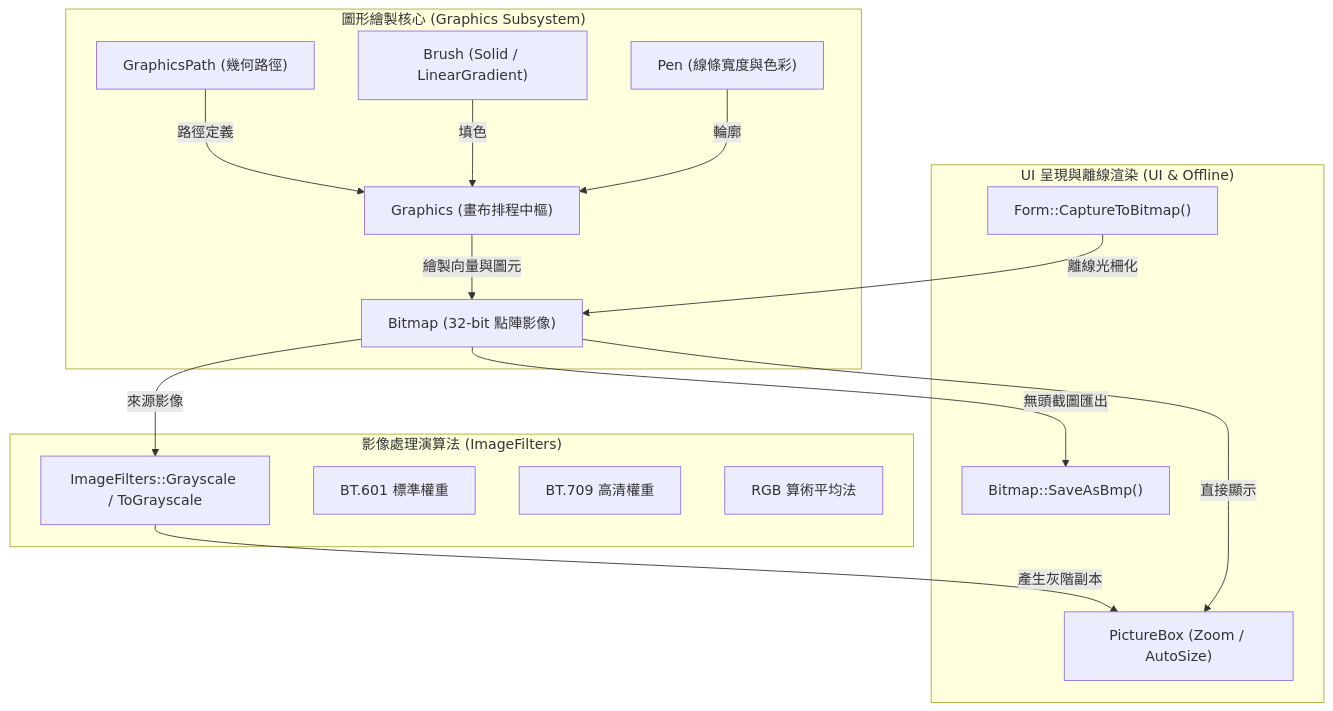
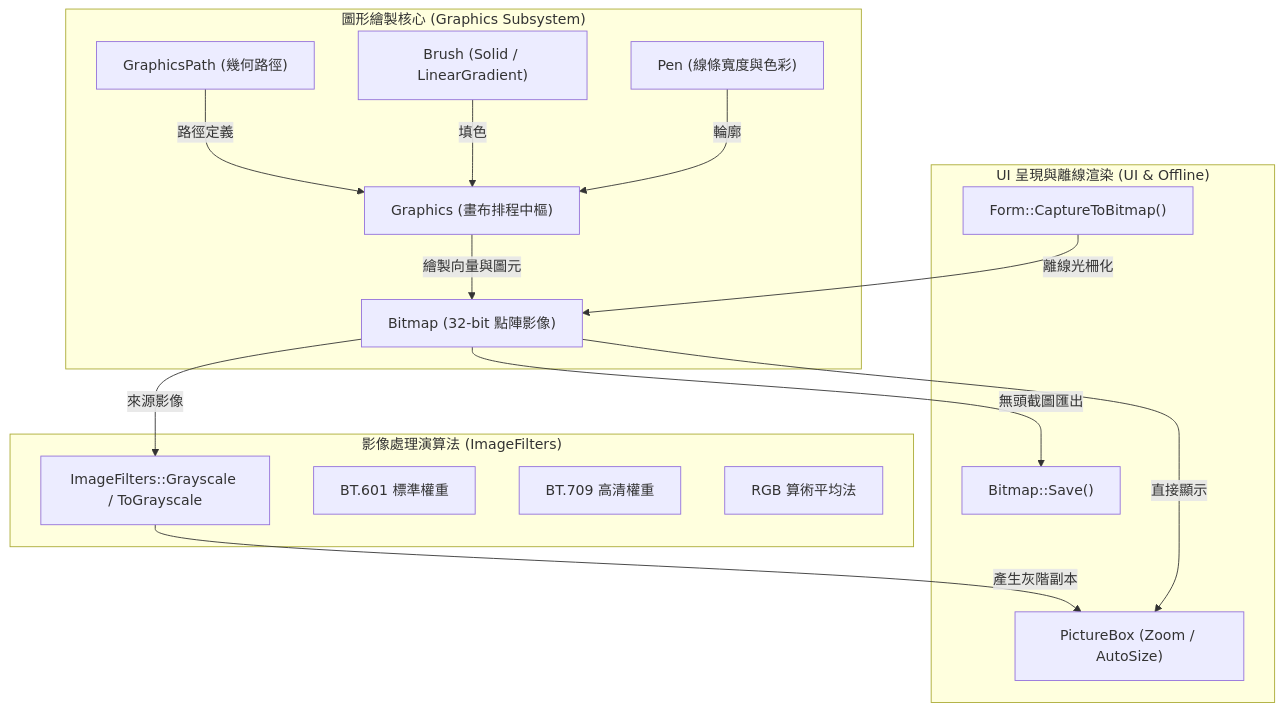
The diagram in docs/api/guides/tutorial_graphics_drawing.md (willy050209/CPP-UI), drawn with Mermaid before and after one commit. The commit also changed other lines of this file and 10 other files, not shown here.

Commit message:
refactor(graphics): replace Bitmap::SaveAsBmp with unified Bitmap::Save and ImageFormat enum

````diff
--- a/docs/api/guides/tutorial_graphics_drawing.md
+++ b/docs/api/guides/tutorial_graphics_drawing.md
@@ -23,33 +23,33 @@
 ```mermaid
 graph TD
     subgraph CoreGraphics["圖形繪製核心 (Graphics Subsystem)"]
         G["Graphics (畫布排程中樞)"]
         BMP["Bitmap (32-bit 點陣影像)"]
         GP["GraphicsPath (幾何路徑)"]
         BR["Brush (Solid / LinearGradient)"]
         PEN["Pen (線條寬度與色彩)"]
     end
 
     subgraph Filters["影像處理演算法 (ImageFilters)"]
         GRAY["ImageFilters::Grayscale / ToGrayscale"]
         BT601["BT.601 標準權重"]
         BT709["BT.709 高清權重"]
         AVG["RGB 算術平均法"]
     end
 
     subgraph Presentation["UI 呈現與離線渲染 (UI & Offline)"]
         PIC["PictureBox (Zoom / AutoSize)"]
         FORM["Form::CaptureToBitmap()"]
-        SAVE["Bitmap::SaveAsBmp()"]
+        SAVE["Bitmap::Save()"]
     end
 
     G -->|繪製向量與圖元| BMP
     GP -->|路徑定義| G
     BR -->|填色| G
     PEN -->|輪廓| G
     BMP -->|來源影像| GRAY
     GRAY -->|產生灰階副本| PIC
     BMP -->|直接顯示| PIC
     FORM -->|離線光柵化| BMP
     BMP -->|無頭截圖匯出| SAVE
 ```
````
